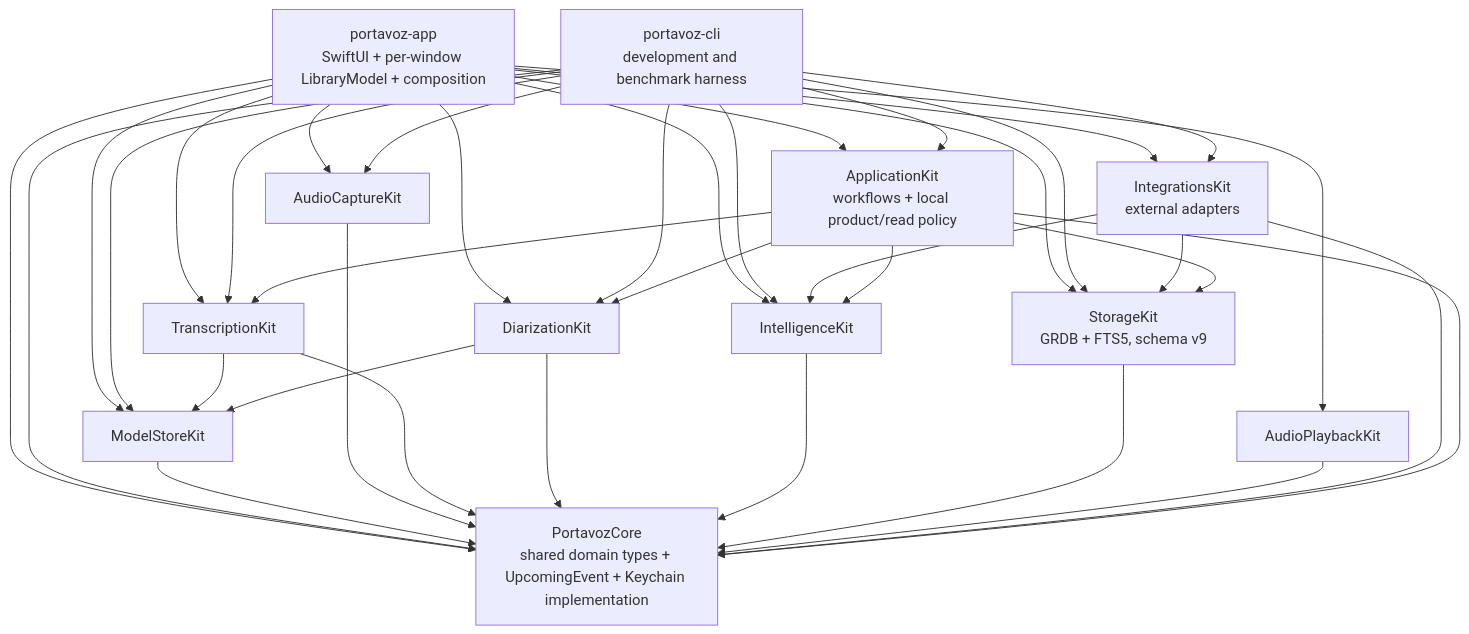
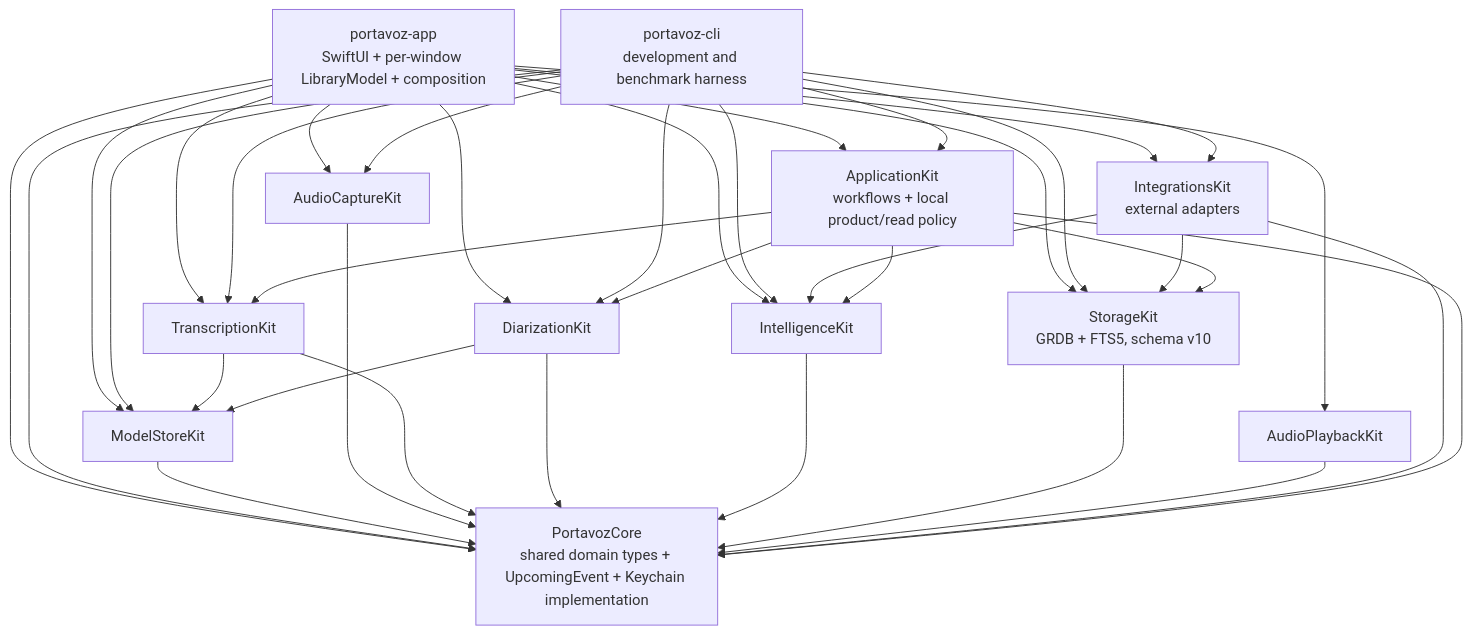
One commit to johnny4young/portavoz changed the first of 3 diagrams in docs/refactor-20260714.md. Above: the diagram before and after it, drawn with Mermaid. The commit also changed other lines of this file and 37 other files, not shown here.

````diff
--- a/docs/refactor-20260714.md
+++ b/docs/refactor-20260714.md
@@ -108,52 +108,52 @@
 ```mermaid
 flowchart TB
     APP["portavoz-app\nSwiftUI + per-window LibraryModel + composition"]
     CLI["portavoz-cli\ndevelopment and benchmark harness"]
     APPLICATION["ApplicationKit\nworkflows + local product/read policy"]
     CORE["PortavozCore\nshared domain types + UpcomingEvent + Keychain implementation"]
     MODEL["ModelStoreKit"]
     CAPTURE["AudioCaptureKit"]
     STT["TranscriptionKit"]
     DIAR["DiarizationKit"]
     INTEL["IntelligenceKit"]
-    STORE["StorageKit\nGRDB + FTS5, schema v9"]
+    STORE["StorageKit\nGRDB + FTS5, schema v10"]
     PLAYBACK["AudioPlaybackKit"]
     INTEGRATIONS["IntegrationsKit\nexternal adapters"]
 
     APP --> CORE
     APP --> APPLICATION
     APP --> MODEL
     APP --> CAPTURE
     APP --> STT
     APP --> DIAR
     APP --> INTEL
     APP --> STORE
     APP --> PLAYBACK
     APP --> INTEGRATIONS
     CLI --> CORE
     CLI --> APPLICATION
     CLI --> MODEL
     CLI --> CAPTURE
     CLI --> STT
     CLI --> DIAR
     CLI --> INTEL
     CLI --> STORE
     CLI --> INTEGRATIONS
     MODEL --> CORE
     CAPTURE --> CORE
     STT --> CORE
     STT --> MODEL
     DIAR --> CORE
     DIAR --> MODEL
     INTEL --> CORE
     STORE --> CORE
     PLAYBACK --> CORE
     INTEGRATIONS --> CORE
     INTEGRATIONS --> INTEL
     INTEGRATIONS --> STORE
     APPLICATION --> CORE
     APPLICATION --> STT
     APPLICATION --> DIAR
     APPLICATION --> INTEL
     APPLICATION --> STORE
 ```
````
